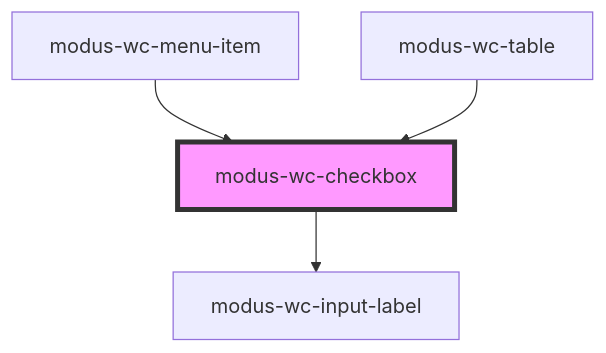
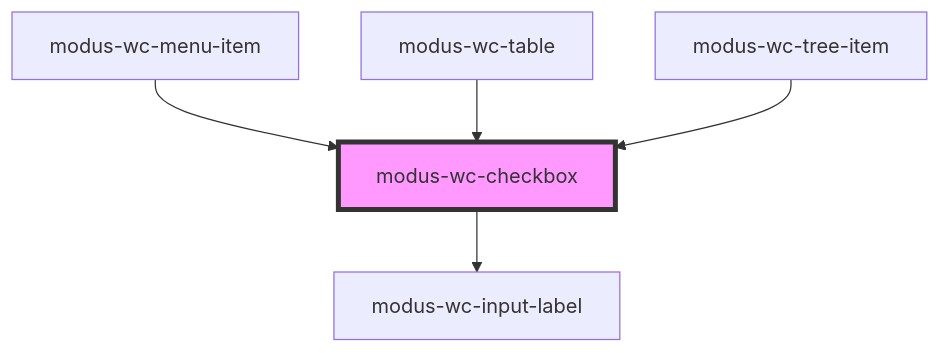
The diagram in src/components/modus-wc-checkbox/readme.md (trimble-oss/modus-wc-2.0), drawn with Mermaid before and after one commit. The commit also changed other lines of this file and 9 other files, not shown here.

````diff
--- a/src/components/modus-wc-checkbox/readme.md
+++ b/src/components/modus-wc-checkbox/readme.md
@@ -49,7 +50,8 @@
 ```mermaid
 graph TD;
   modus-wc-checkbox --> modus-wc-input-label
   modus-wc-menu-item --> modus-wc-checkbox
   modus-wc-table --> modus-wc-checkbox
+  modus-wc-tree-item --> modus-wc-checkbox
   style modus-wc-checkbox fill:#f9f,stroke:#333,stroke-width:4px
 ```
````
